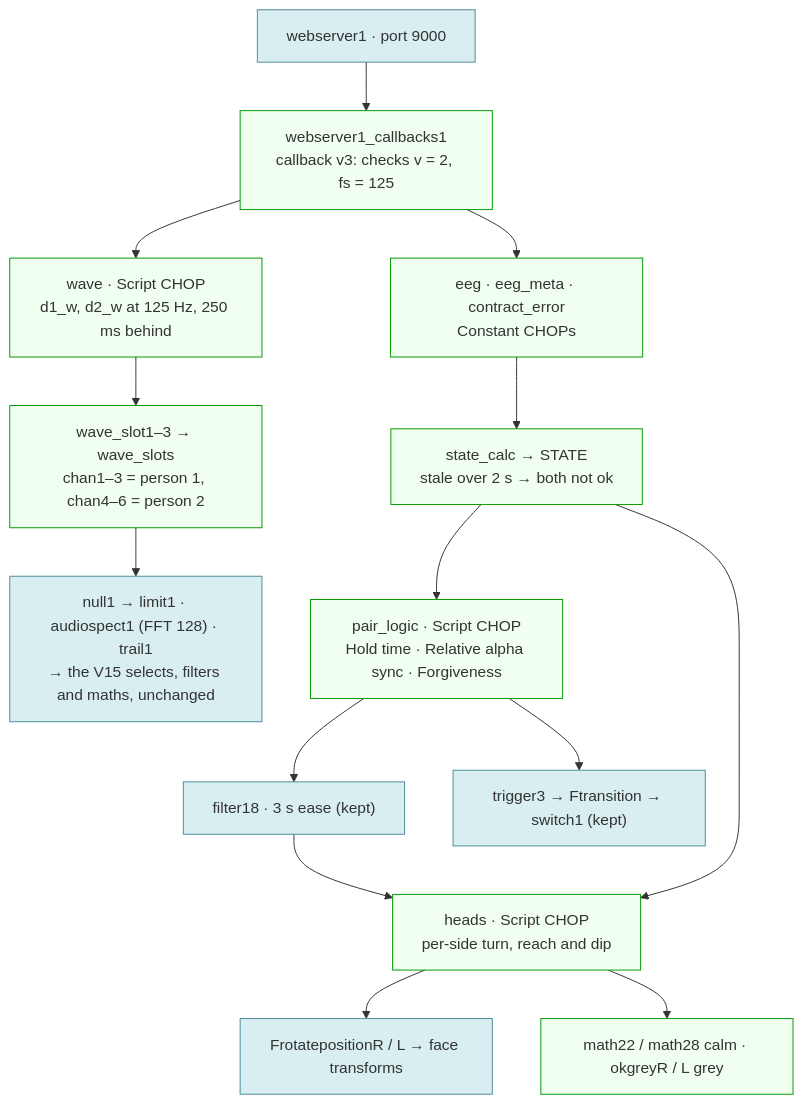
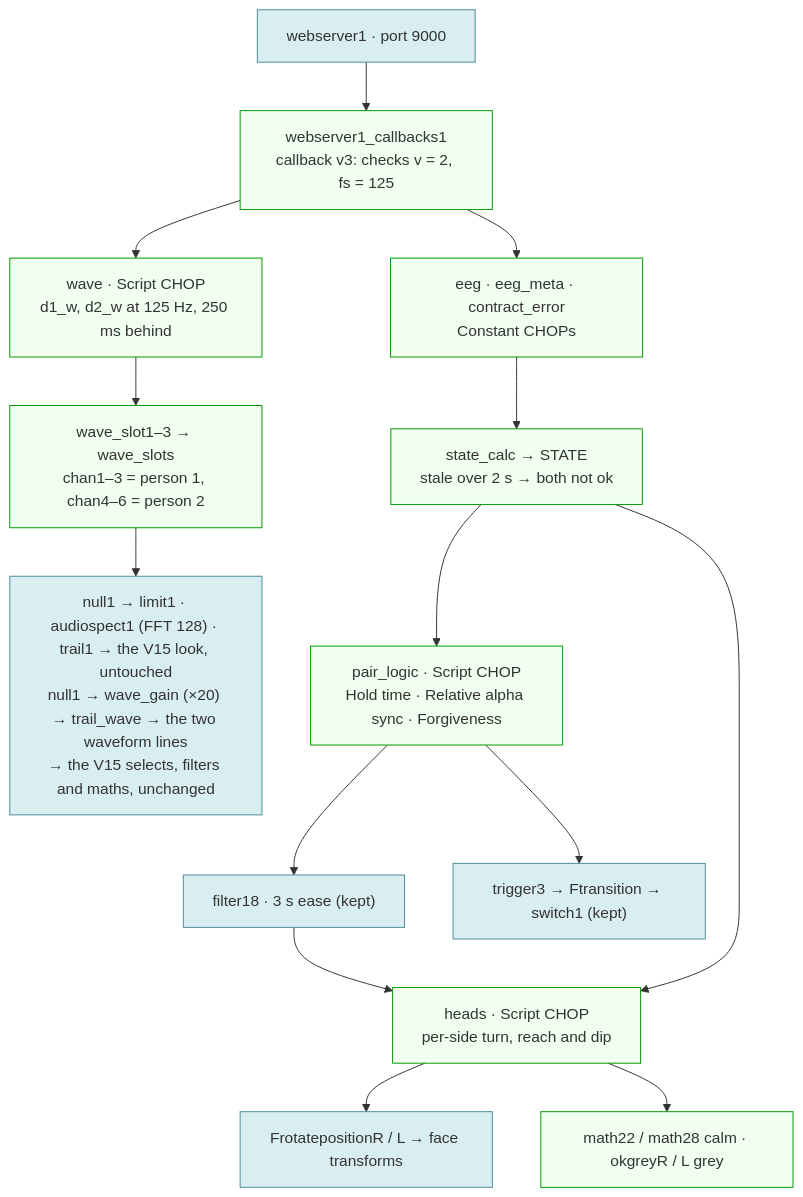
One commit to brynbeaudry/Chords-Web changed the diagram in touchdesigner/TD_CHANGES.md. Above: the diagram before and after it, drawn with Mermaid. The commit also changed other lines of this file and 141 other files, not shown here.

````diff
--- a/touchdesigner/TD_CHANGES.md
+++ b/touchdesigner/TD_CHANGES.md
@@ -11,25 +27,25 @@
 ```mermaid
 flowchart TB
     WS["webserver1 · port 9000"]
     CB["webserver1_callbacks1<br/>callback v3: checks v = 2, fs = 125"]
     EEG["eeg · eeg_meta · contract_error<br/>Constant CHOPs"]
     ST["state_calc → STATE<br/>stale over 2 s → both not ok"]
     WV["wave · Script CHOP<br/>d1_w, d2_w at 125 Hz, 250 ms behind"]
     SL["wave_slot1–3 → wave_slots<br/>chan1–3 = person 1, chan4–6 = person 2"]
-    OLD["null1 → limit1 · audiospect1 (FFT 128) · trail1<br/>→ the V15 selects, filters and maths, unchanged"]
+    OLD["null1 → limit1 · audiospect1 (FFT 128) · trail1 → the V15 look, untouched<br/>null1 → wave_gain (×20) → trail_wave → the two waveform lines<br/>→ the V15 selects, filters and maths, unchanged"]
     PL["pair_logic · Script CHOP<br/>Hold time · Relative alpha sync · Forgiveness"]
     F18["filter18 · 3 s ease (kept)"]
     HD["heads · Script CHOP<br/>per-side turn, reach and dip"]
     FR["FrotatepositionR / L → face transforms"]
     T3["trigger3 → Ftransition → switch1 (kept)"]
     OBJ["math22 / math28 calm · okgreyR / L grey"]
     WS --> CB --> EEG --> ST
     CB --> WV --> SL --> OLD
     ST --> PL --> F18 --> HD --> FR
     PL --> T3
     ST --> HD --> OBJ
     classDef new fill:#f0fff0,stroke:#090
     classDef keep fill:#d9eef0,stroke:#4a8c99
     class CB,EEG,ST,WV,SL,PL,HD,OBJ new
     class WS,OLD,F18,FR,T3 keep
 ```
````
